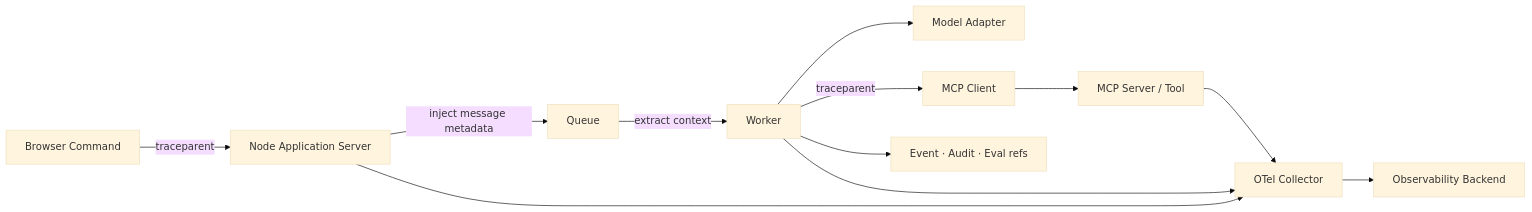
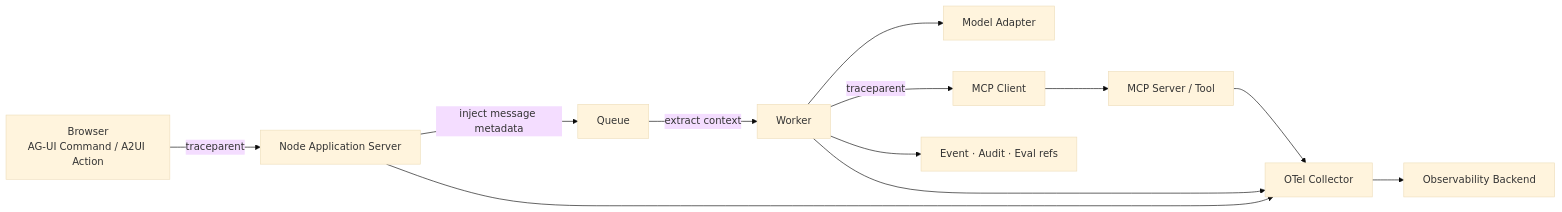
The diagram in site/09-可靠性与可观测/04-Trace-SLO与成本.md (whatthehan/masterpiece-static-docs), drawn with Mermaid (base theme) before and after one commit. The commit also changed other lines of this file and 165 other files, not shown here.

````diff
--- a/site/09-可靠性与可观测/04-Trace-SLO与成本.md
+++ b/site/09-可靠性与可观测/04-Trace-SLO与成本.md
@@ -71,14 +72,14 @@
 ```mermaid
 flowchart LR
-    B["Browser Command"] -->|traceparent| A["Node Application Server"]
+    B["Browser<br/>AG-UI Command / A2UI Action"] -->|traceparent| A["Node Application Server"]
     A -->|inject message metadata| Q["Queue"]
     Q -->|extract context| W["Worker"]
     W --> M["Model Adapter"]
     W -->|traceparent| C["MCP Client"]
     C --> S["MCP Server / Tool"]
     W --> E["Event · Audit · Eval refs"]
     A --> COL["OTel Collector"]
     W --> COL
     S --> COL
     COL --> O["Observability Backend"]
 ```
````
